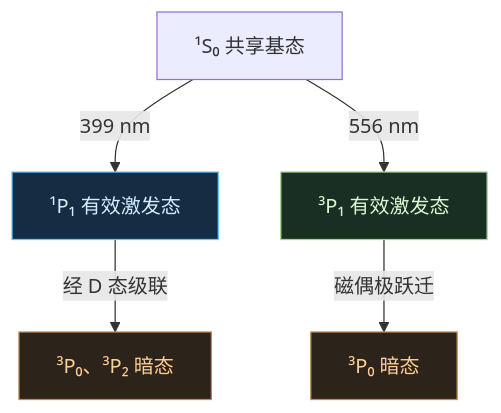
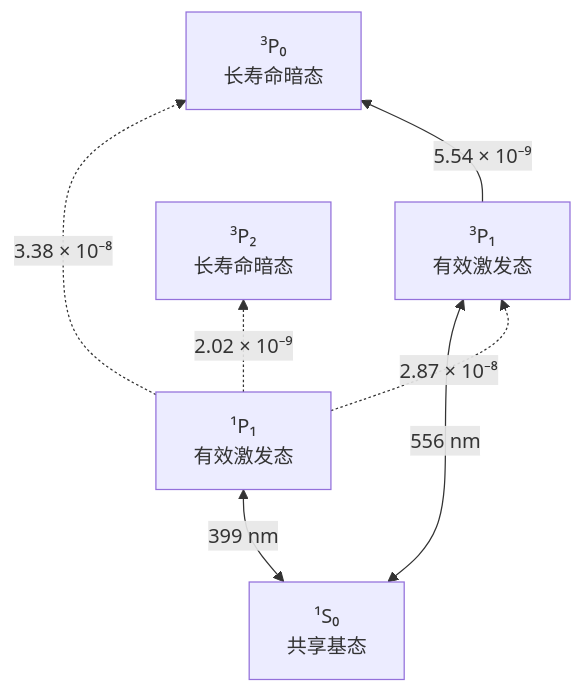
Before and after one commit to WindSweeps/yb-mot3d-simulator: the diagram in mot3d/engine-diagrams/two-color-lightweight.mmd, drawn with Mermaid. The commit also changed 12 other files, not shown here.

```diff
--- a/mot3d/engine-diagrams/two-color-lightweight.mmd
+++ b/mot3d/engine-diagrams/two-color-lightweight.mmd
@@ -1,11 +1,14 @@
-flowchart TB
-    G["¹S₀ 共享基态"] -->|"399 nm"| B["¹P₁ 有效激发态"]
-    G -->|"556 nm"| V["³P₁ 有效激发态"]
-    B -->|"经 D 态级联"| DB["³P₀、³P₂ 暗态"]
-    V -->|"磁偶极跃迁"| DV["³P₀ 暗态"]
-    classDef blue fill:#152c42,stroke:#6cc7ff,color:#d2efff
-    classDef green fill:#192f24,stroke:#a3d68b,color:#dcf7d3
-    classDef dark fill:#2c231b,stroke:#ba8956,color:#ffcf96
-    class B blue
-    class V green
-    class DB,DV dark
+flowchart BT
+    accTitle: ¹⁷⁴Yb 蓝绿光轻量散射模型能级图
+    accDescr: 能量向上递增。399 nm 与 556 nm 两个冷却循环共享基态。蓝光虚线标注经 ³D 态级联至三个末态的有效分支比。绿光磁偶极分支通往 ³P₀。
+    G["¹S₀<br/>共享基态"]
+    B["¹P₁<br/>有效激发态"]
+    V["³P₁<br/>有效激发态"]
+    P0["³P₀<br/>长寿命暗态"]
+    P2["³P₂<br/>长寿命暗态"]
+    G <-->|"399 nm"| B
+    G <-->|"556 nm"| V
+    B -.->|"3.38 × 10⁻⁸"| P0
+    B -.->|"2.87 × 10⁻⁸"| V
+    B -.->|"2.02 × 10⁻⁹"| P2
+    V -->|"5.54 × 10⁻⁹"| P0
```
